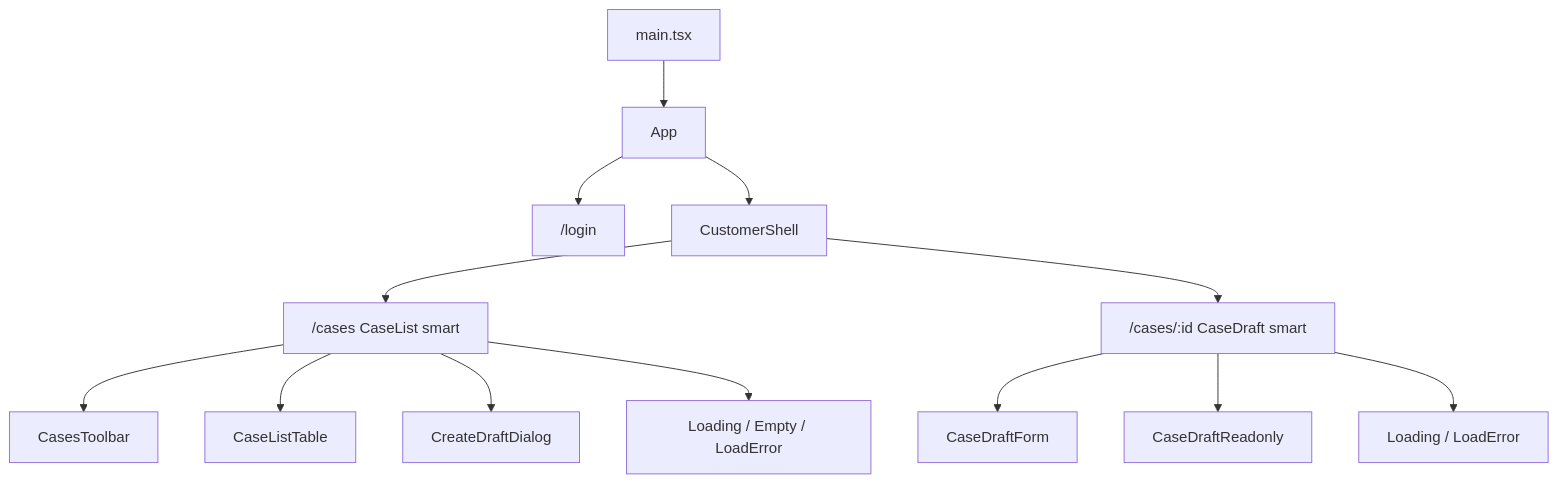
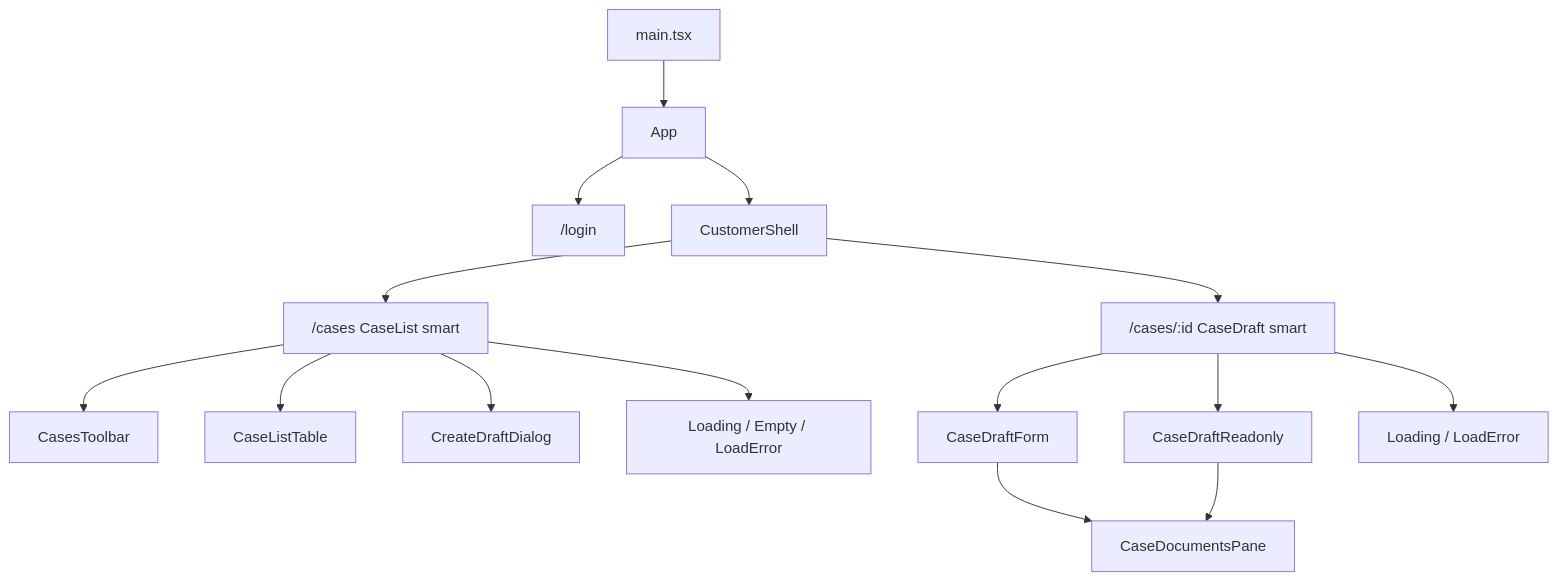
The diagram in apps/react-customer/README.md (SDS37/kyc-multi-frontend), drawn with Mermaid before and after one commit. The commit also changed other lines of this file and 11 other files, not shown here.

````diff
--- a/apps/react-customer/README.md
+++ b/apps/react-customer/README.md
@@ -43,15 +45,17 @@
 ```mermaid
 flowchart TB
   Main["main.tsx"] --> App["App"]
   App --> Login["/login"]
   App --> Shell["CustomerShell"]
   Shell --> Cases["/cases CaseList smart"]
   Shell --> Draft["/cases/:id CaseDraft smart"]
   Cases --> Toolbar["CasesToolbar"]
   Cases --> Table["CaseListTable"]
   Cases --> Dialog["CreateDraftDialog"]
   Cases --> Status["Loading / Empty / LoadError"]
   Draft --> Form["CaseDraftForm"]
   Draft --> Readonly["CaseDraftReadonly"]
   Draft --> DraftStatus["Loading / LoadError"]
+  Form --> Docs["CaseDocumentsPane"]
+  Readonly --> Docs
 ```
````
